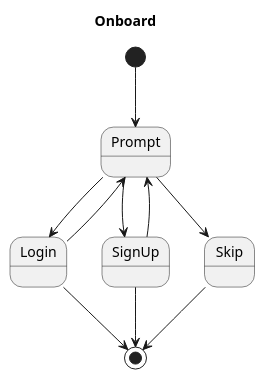
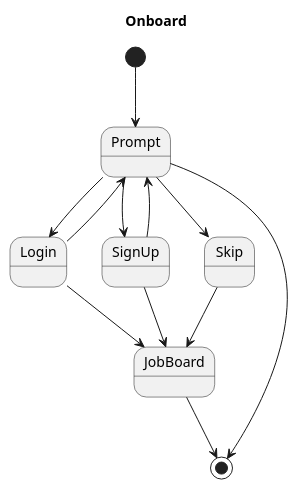
The diagram in RemoteBeesFlow/flow/src/main/flows/Onboard.puml (k10dev/RemoteBees), drawn with PlantUML before and after one commit. The commit also changed 12 other files, not shown here.

Commit message:
Misc. UI updates and flow adjustments.

```diff
--- a/RemoteBeesFlow/flow/src/main/flows/Onboard.puml
+++ b/RemoteBeesFlow/flow/src/main/flows/Onboard.puml
@@ -1,18 +1,22 @@
 @startuml
 
 title Onboard
 
 [*] --> Prompt
 
 Prompt --> Login
 Prompt --> SignUp
 Prompt --> Skip
 
+Login --> JobBoard
 Login --> Prompt
+
+SignUp --> JobBoard
 SignUp --> Prompt
 
-Login --> [*]
-SignUp --> [*]
-Skip --> [*]
+Skip --> JobBoard
+
+JobBoard --> [*]
+Prompt --> [*]
 
 @enduml
```
